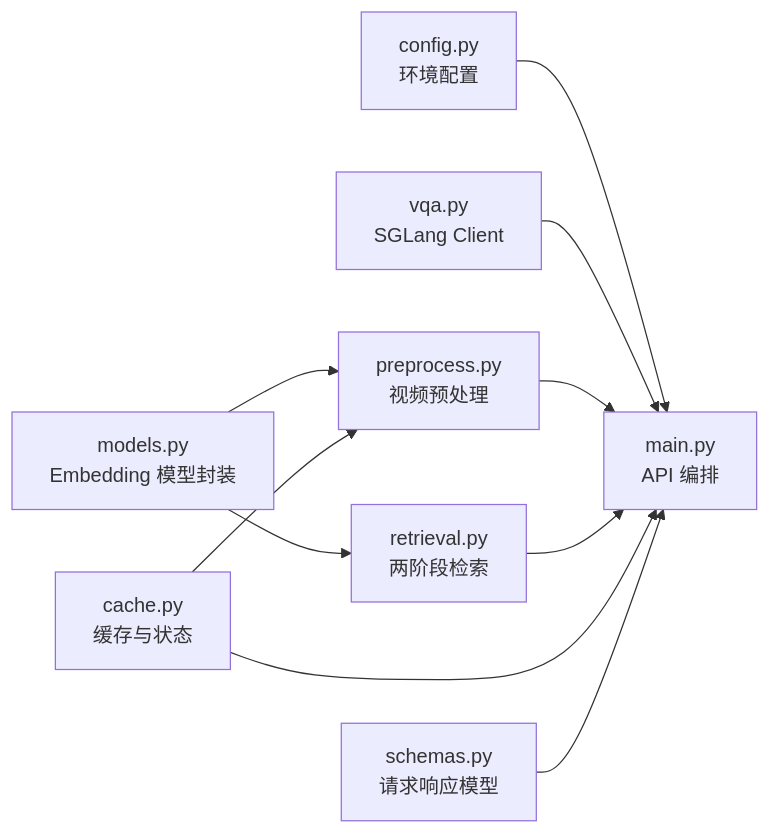
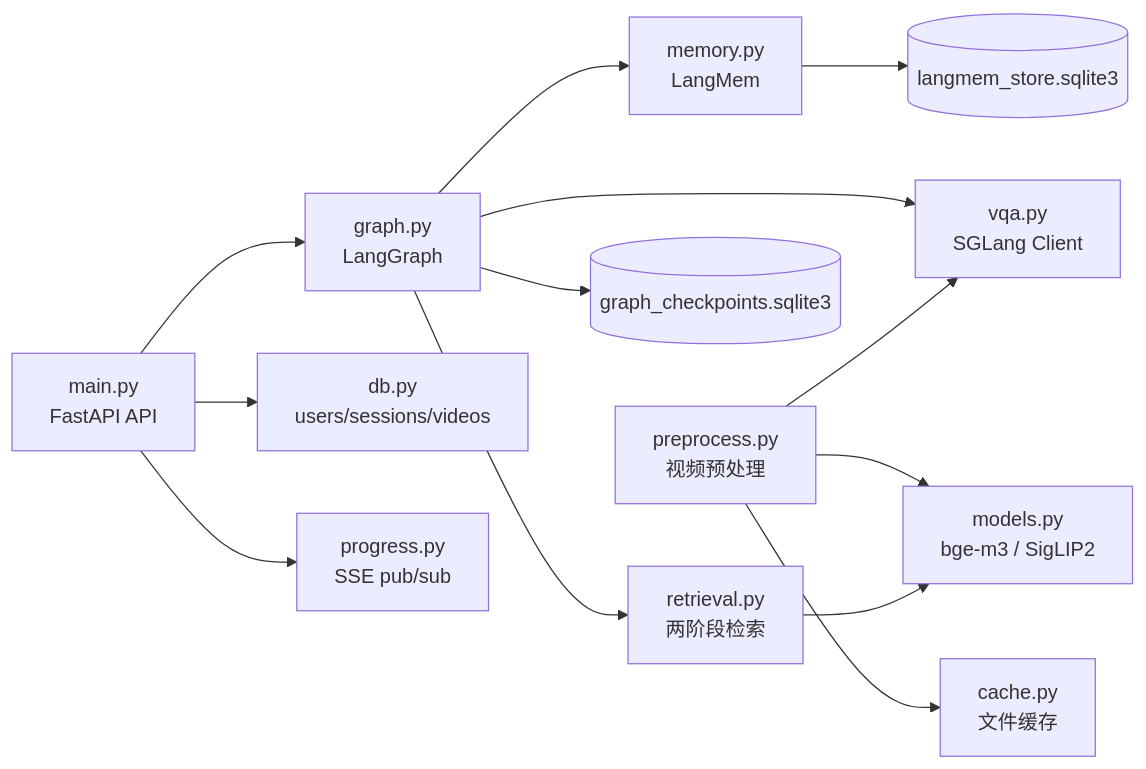
The fourth of 4 diagrams in README.md (MichaelSou1/reading-not-reasoning), drawn with Mermaid before and after one commit. The commit also changed other lines of this file and 4 other files, not shown here.

Commit message:
Implement phase 2 sessions and LangMem

````diff
--- a/README.md
+++ b/README.md
@@ -161,12 +172,15 @@
 ```mermaid
 flowchart LR
-    CFG[config.py<br/>环境配置] --> MAIN[main.py<br/>API 编排]
-    VQA[vqa.py<br/>SGLang Client] --> MAIN
-    PRE[preprocess.py<br/>视频预处理] --> MAIN
-    RET[retrieval.py<br/>两阶段检索] --> MAIN
-    MOD[models.py<br/>Embedding 模型封装] --> PRE
-    MOD --> RET
-    CACHE[cache.py<br/>缓存与状态] --> PRE
-    CACHE --> MAIN
-    SCH[schemas.py<br/>请求响应模型] --> MAIN
+    MAIN[main.py<br/>FastAPI API] --> GRAPH[graph.py<br/>LangGraph]
+    GRAPH --> RET[retrieval.py<br/>两阶段检索]
+    GRAPH --> VQA[vqa.py<br/>SGLang Client]
+    GRAPH --> MEM[memory.py<br/>LangMem]
+    MEM --> LMSTORE[(langmem_store.sqlite3)]
+    GRAPH --> CKPT[(graph_checkpoints.sqlite3)]
+    MAIN --> DB[db.py<br/>users/sessions/videos]
+    MAIN --> PROG[progress.py<br/>SSE pub/sub]
+    PRE[preprocess.py<br/>视频预处理] --> CACHE[cache.py<br/>文件缓存]
+    PRE --> VQA
+    PRE --> MOD[models.py<br/>bge-m3 / SigLIP2]
+    RET --> MOD
 ```
````
